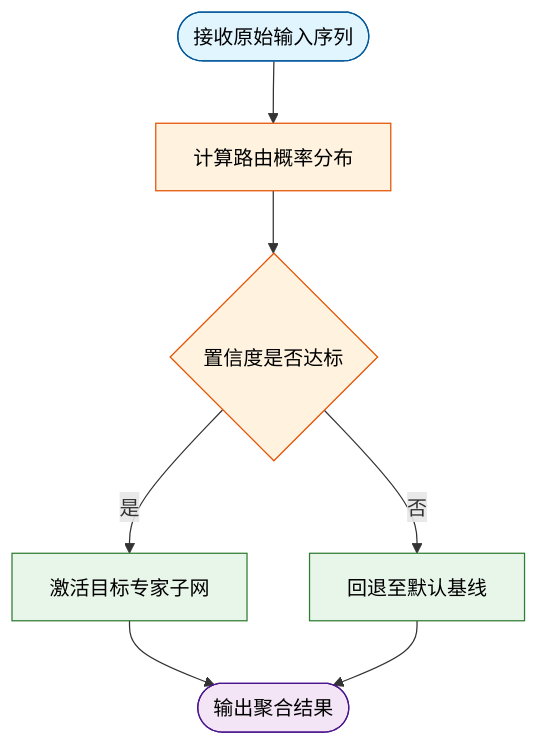
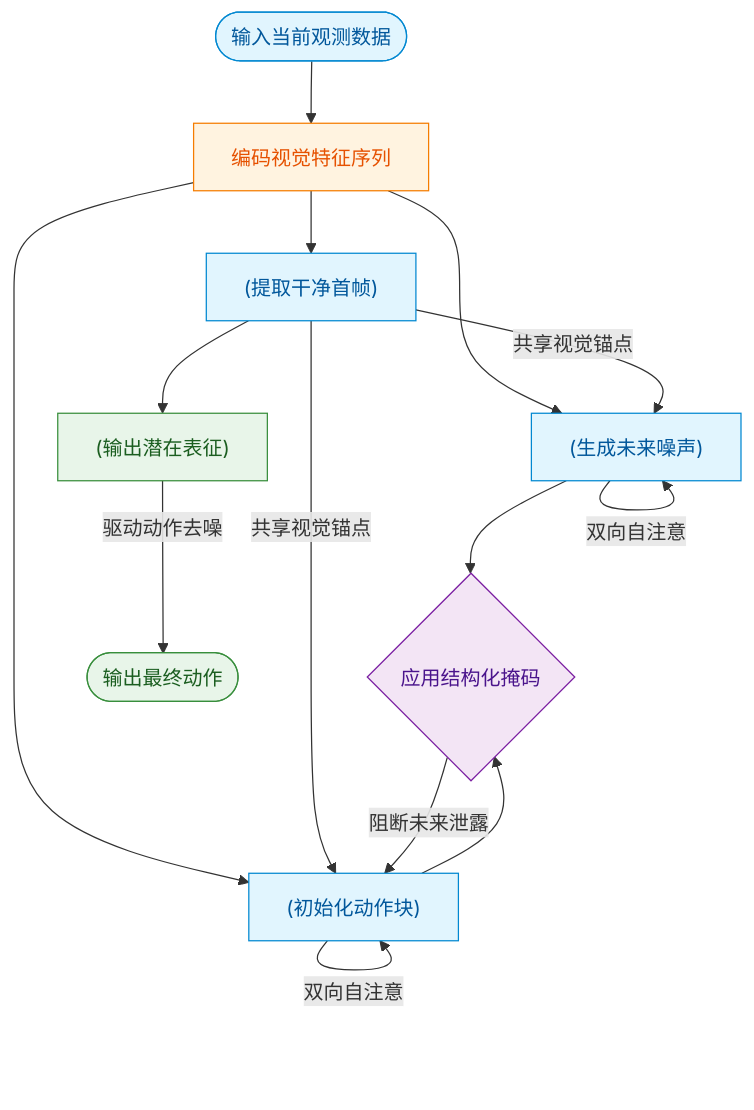
One commit to ShinewineW/paper-rolling changed the second of 10 diagrams in person_vault/2026-06-08_FastWAM_2603.16666/report.md. Above: the diagram before and after it, drawn with Mermaid. The commit also changed other lines of this file and 51 other files, not shown here.

````diff
--- a/person_vault/2026-06-08_FastWAM_2603.16666/report.md
+++ b/person_vault/2026-06-08_FastWAM_2603.16666/report.md
@@ -71,14 +107,30 @@
 ```mermaid
-flowchart TB
-  classDef input fill:#e1f5fe,stroke:#01579b,color:#000;
-  classDef gate fill:#fff3e0,stroke:#e65100,color:#000;
-  classDef expert fill:#e8f5e9,stroke:#2e7d32,color:#000;
-  classDef output fill:#f3e5f5,stroke:#4a148c,color:#000;
+flowchart TD
+  classDef input fill:#e1f5fe,color:#01579b,stroke:#0288d1
+  classDef process fill:#fff3e0,color:#e65100,stroke:#f57c00
+  classDef decision fill:#f3e5f5,color:#4a148c,stroke:#7b1fa2
+  classDef output fill:#e8f5e9,color:#1b5e20,stroke:#388e3c
 
-  start_node(["接收原始输入序列"]):::input --> gate_eval["计算路由概率分布"]:::gate
-  gate_eval --> threshold_check{置信度是否达标}:::gate
-  threshold_check -- 是 --> route_to_expert["激活目标专家子网"]:::expert
-  threshold_check -- 否 --> fallback_path["回退至默认基线"]:::expert
-  route_to_expert --> end_node(["输出聚合结果"]):::output
-  fallback_path --> end_node
+  start_node(["输入当前观测数据"]):::input
+  encode_step["编码视觉特征序列"]:::process
+  data_clean["(提取干净首帧)"]:::input
+  data_future["(生成未来噪声)"]:::input
+  data_action["(初始化动作块)"]:::input
+  mask_check{应用结构化掩码}:::decision
+  out_latent["(输出潜在表征)"]:::output
+  out_action(["输出最终动作"]):::output
+
+  start_node --> encode_step
+  encode_step --> data_clean
+  encode_step --> data_future
+  encode_step --> data_action
+  data_clean -->|共享视觉锚点| data_future
+  data_clean -->|共享视觉锚点| data_action
+  data_future -->|双向自注意| data_future
+  data_action -->|双向自注意| data_action
+  data_future --> mask_check
+  data_action --> mask_check
+  mask_check -->|阻断未来泄露| data_action
+  data_clean --> out_latent
+  out_latent -->|驱动动作去噪| out_action
 ```
````
